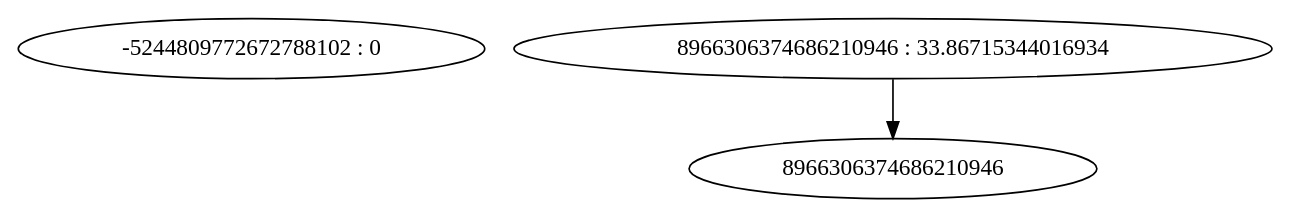
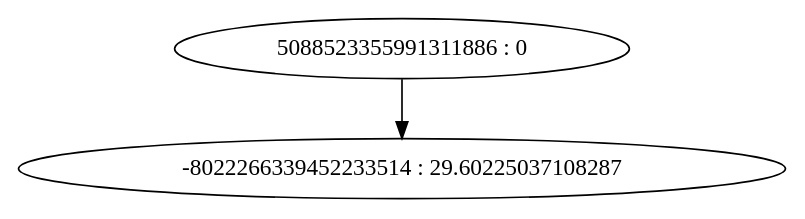
One commit to aka2910/P2P-currency-simulator changed the diagram in plots/tree_13.dot.gv. Above: the diagram before and after it, drawn with Graphviz. The commit also changed 101 other files, not shown here.

```diff
--- a/plots/tree_13.dot.gv
+++ b/plots/tree_13.dot.gv
@@ -1,5 +1,5 @@
 digraph "plots/tree_13.dot" {
-	0 [label="-5244809772672788102 : 0"]
-	1 [label="8966306374686210946 : 33.86715344016934"]
-	1 -> 8966306374686210946
+	0 [label="5088523355991311886 : 0"]
+	1 [label="-8022266339452233514 : 29.60225037108287"]
+	0 -> 1
 }
```
